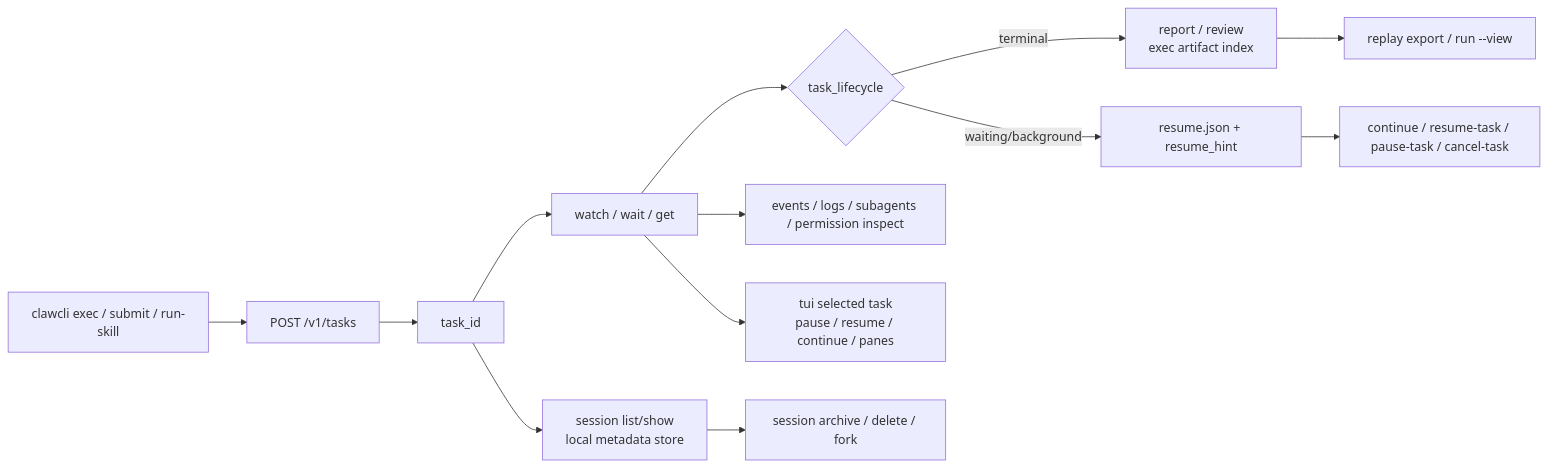
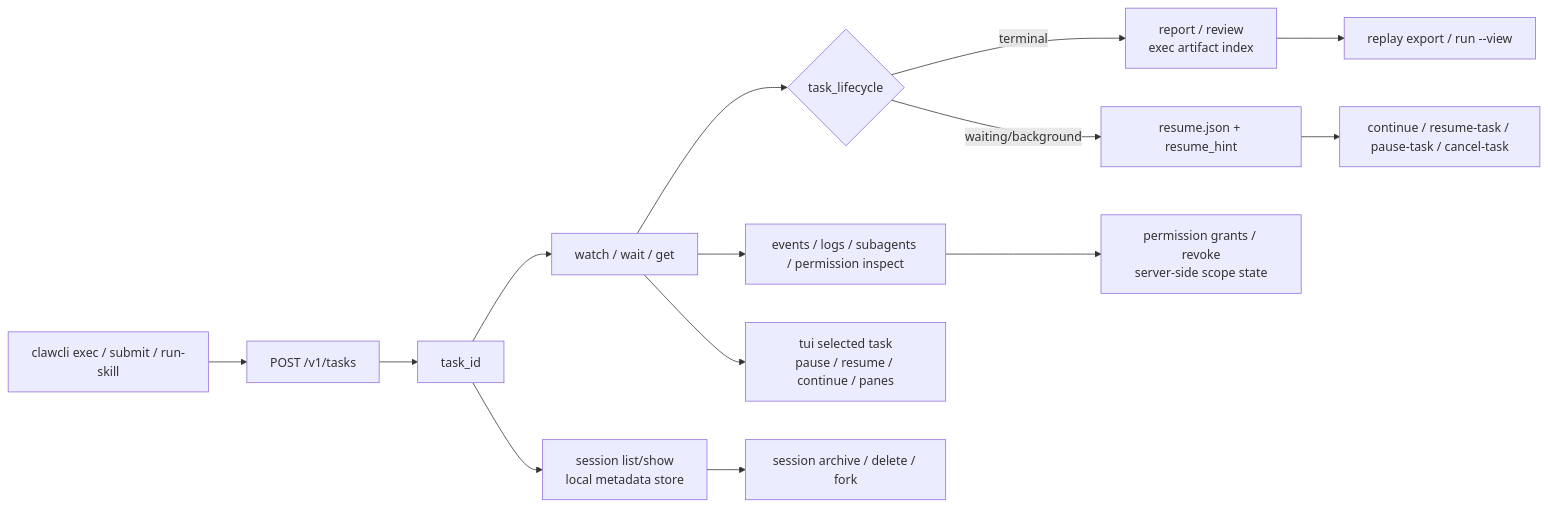
The fifth of 16 diagrams in README.md (MatrixCoreX/RustClaw), drawn with Mermaid before and after one commit. The commit also changed other lines of this file and 36 other files, not shown here.

````diff
--- a/README.md
+++ b/README.md
@@ -482,15 +484,16 @@
 ```mermaid
 flowchart LR
     A[clawcli exec / submit / run-skill] --> B[POST /v1/tasks]
     B --> C[task_id]
     C --> D[watch / wait / get]
     D --> E{task_lifecycle}
     E -->|terminal| F[report / review<br/>exec artifact index]
     F --> R[replay export / run --view]
     E -->|waiting/background| G[resume.json + resume_hint]
     G --> H[continue / resume-task / pause-task / cancel-task]
     D --> I[events / logs / subagents / permission inspect]
+    I --> IA[permission grants / revoke<br/>server-side scope state]
     D --> J[tui selected task<br/>pause / resume / continue / panes]
     C --> K[session list/show<br/>local metadata store]
     K --> L[session archive / delete / fork]
 ```
````
